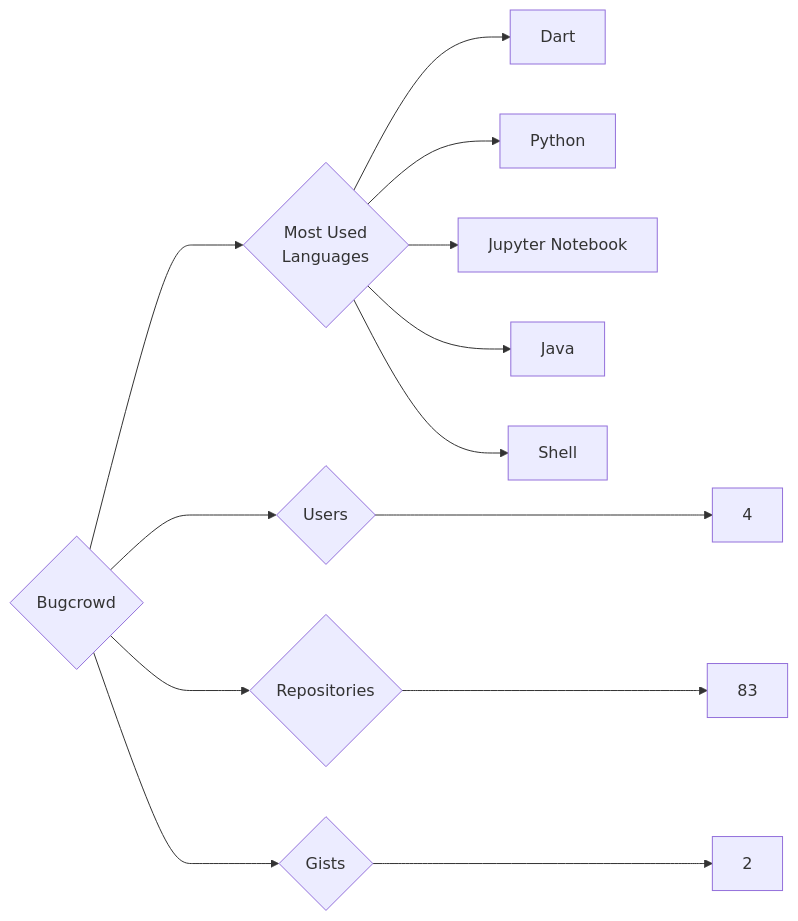
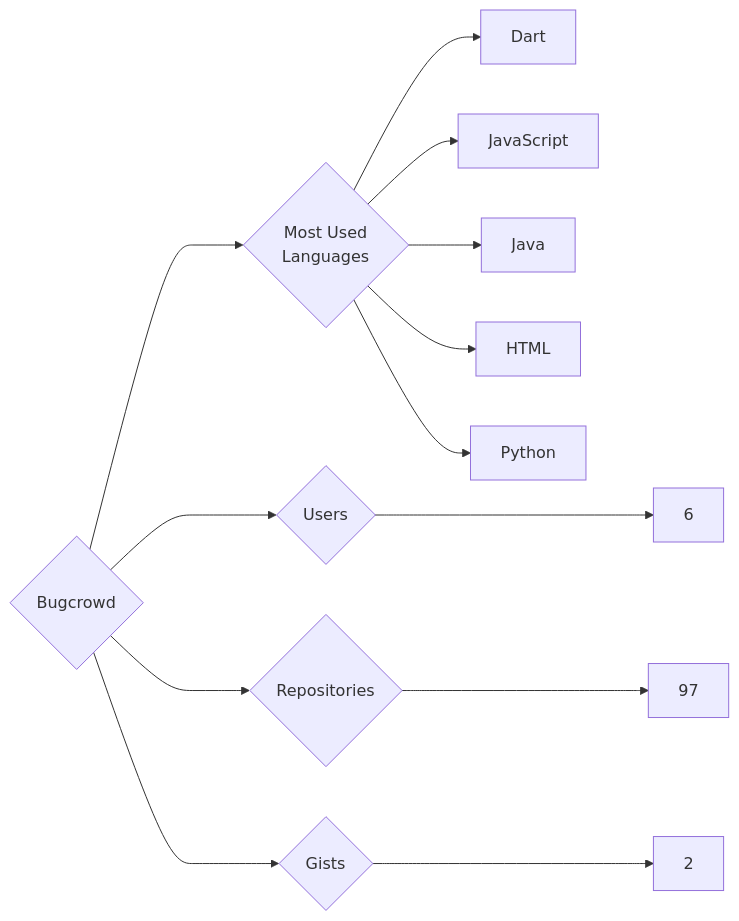
The diagram in targets/Bugcrowd/README.md (trickest/insiders), drawn with Mermaid before and after one commit. The commit also changed 1141 other files, not shown here.

````diff
--- a/targets/Bugcrowd/README.md
+++ b/targets/Bugcrowd/README.md
@@ -3,13 +3,13 @@
 ```mermaid
 graph LR
 COMPANY_NAME{Bugcrowd}
-COMPANY_NAME ---> U{Users} ---> UN[4]
-COMPANY_NAME ---> R{Repositories} ---> RN[83]
+COMPANY_NAME ---> U{Users} ---> UN[6]
+COMPANY_NAME ---> R{Repositories} ---> RN[97]
 COMPANY_NAME ---> G{Gists} ---> GN[2]
 COMPANY_NAME ---> ML{Most Used<br>Languages}
 ML --> Dart[Dart]
+ML --> JavaScript[JavaScript]
+ML --> Java[Java]
+ML --> HTML[HTML]
 ML --> Python[Python]
-ML --> Jupyter_Notebook[Jupyter Notebook]
-ML --> Java[Java]
-ML --> Shell[Shell]
 ```
````
